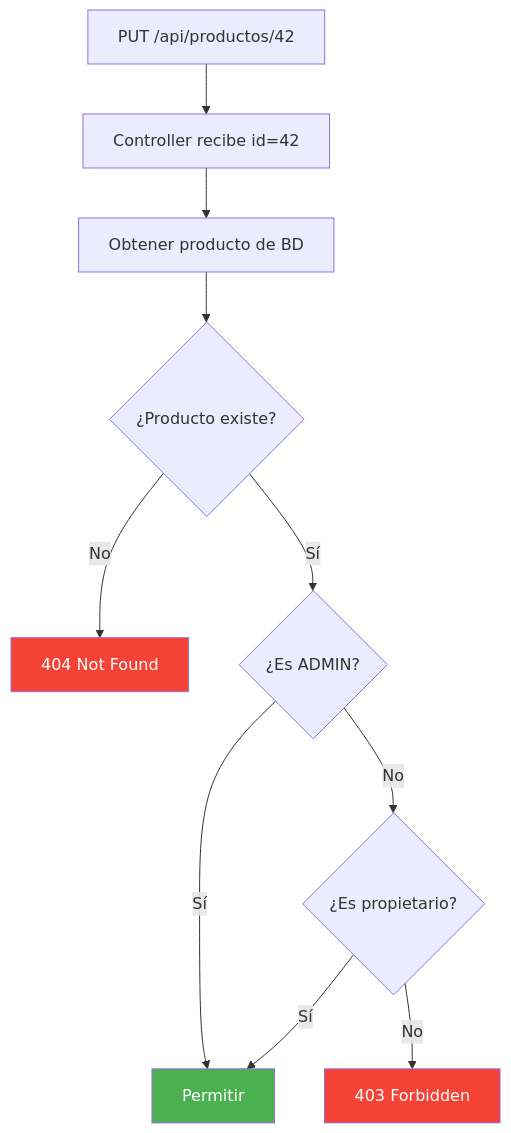
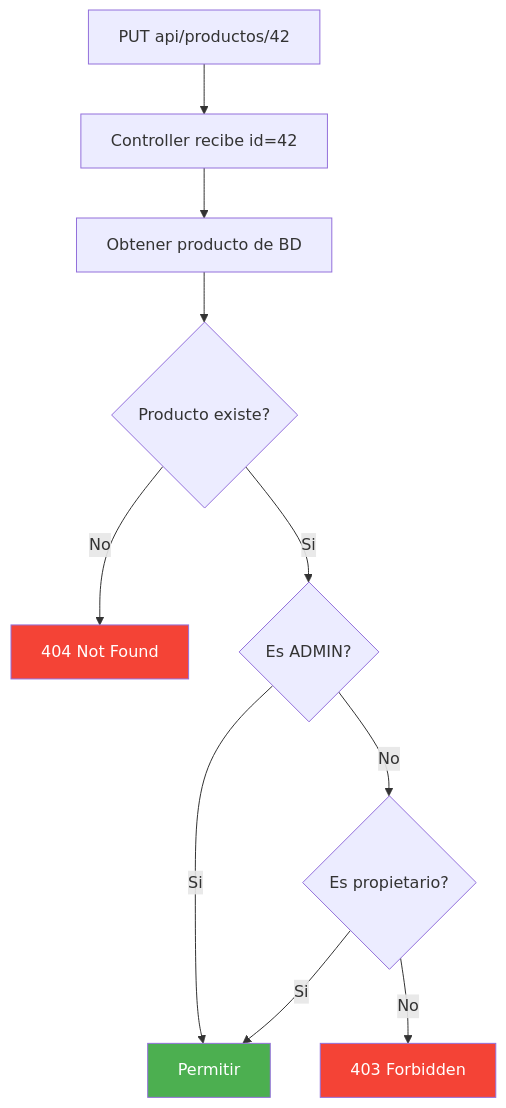
Before and after one commit to joseluisgs/DesarrolloWebEntornosServidor-02-2026-2027: the seventh of 9 diagrams in 17-autorizacion.md, drawn with Mermaid. The commit also changed other lines of this file and 1 other file, not shown here.

First line of the commit message:
[fix] UD02: Temas 16 y 17 reescritos con Mermaid corregido y texto explicativo

````diff
--- a/17-autorizacion.md
+++ b/17-autorizacion.md
@@ -895,16 +950,16 @@
 ```mermaid
 flowchart TD
-    A["PUT /api/productos/42"] --> B["Controller recibe id=42"]
+    A["PUT api/productos/42"] --> B["Controller recibe id=42"]
     B --> C["Obtener producto de BD"]
-    C --> D{"¿Producto existe?"}
+    C --> D{"Producto existe?"}
     D -->|No| E["404 Not Found"]
-    D -->|Sí| F{"¿Es ADMIN?"}
-    F -->|Sí| G["Permitir"]
-    F -->|No| H{"¿Es propietario?"}
-    H -->|Sí| G
+    D -->|Si| F{"Es ADMIN?"}
+    F -->|Si| G["Permitir"]
+    F -->|No| H{"Es propietario?"}
+    H -->|Si| G
     H -->|No| I["403 Forbidden"]
 
     style E fill:#f44336,color:#fff
     style G fill:#4CAF50,color:#fff
     style I fill:#f44336,color:#fff
 ```
````
